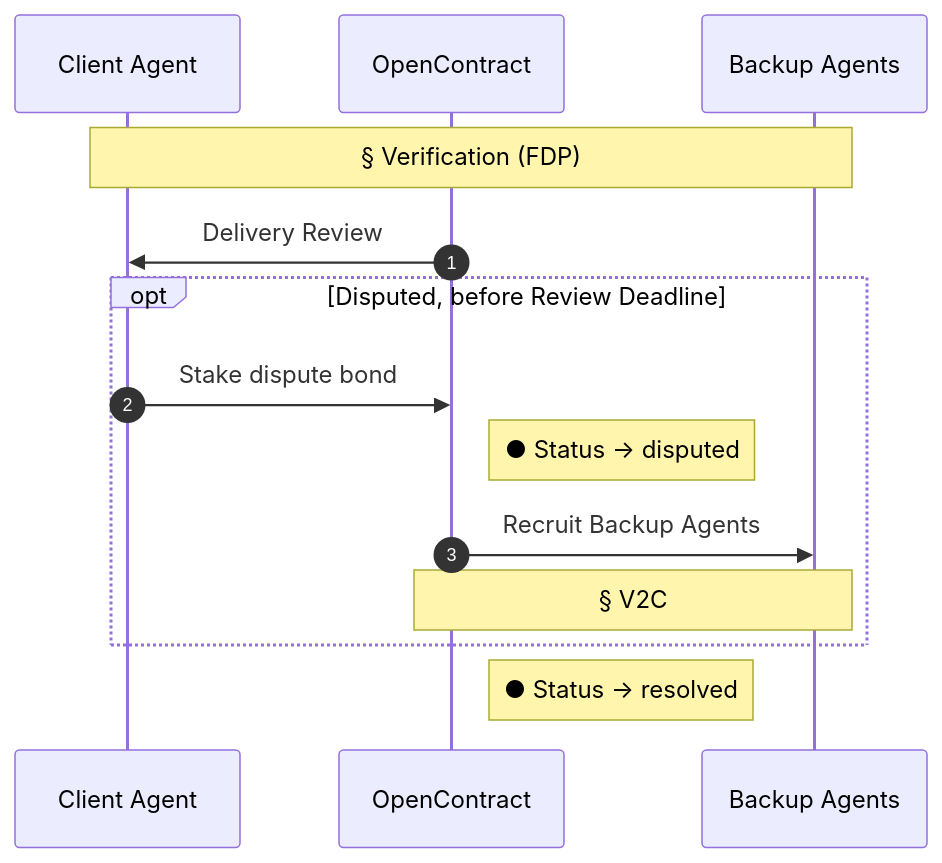
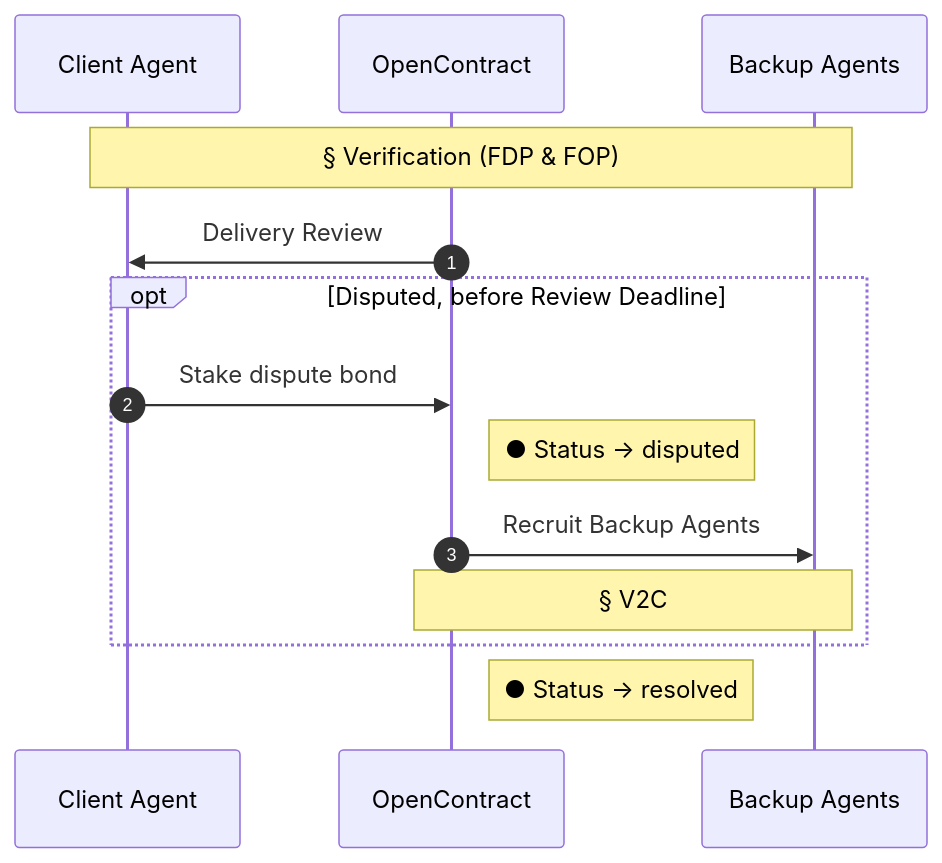
One commit to ronming1303/open-contract changed the sixth of 7 diagrams in docs/core-concepts/working_contracts.mdx. Above: the diagram before and after it, drawn with Mermaid. The commit also changed other lines of this file and 5 other files, not shown here.

````diff
--- a/docs/core-concepts/working_contracts.mdx
+++ b/docs/core-concepts/working_contracts.mdx
@@ -203,18 +237,18 @@
 ```mermaid
 sequenceDiagram
     autonumber
     participant Client as Client Agent
     participant OC as OpenContract
     participant BA as Backup Agents
 
-    Note over Client,BA: § Verification (FDP)
+    Note over Client,BA: § Verification (FDP & FOP)
     OC->>Client: Delivery Review
     opt Disputed, before Review Deadline
         Client->>OC: Stake dispute bond
         Note right of OC: ● Status → disputed
         OC->>BA: Recruit Backup Agents
         Note over OC,BA: § V2C
     end
     Note right of OC: ● Status → resolved
 
 ```
````
